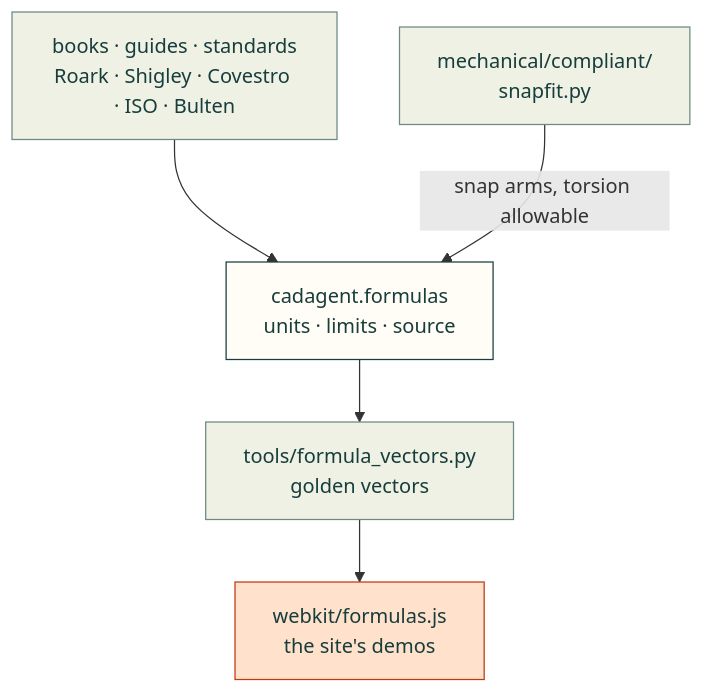
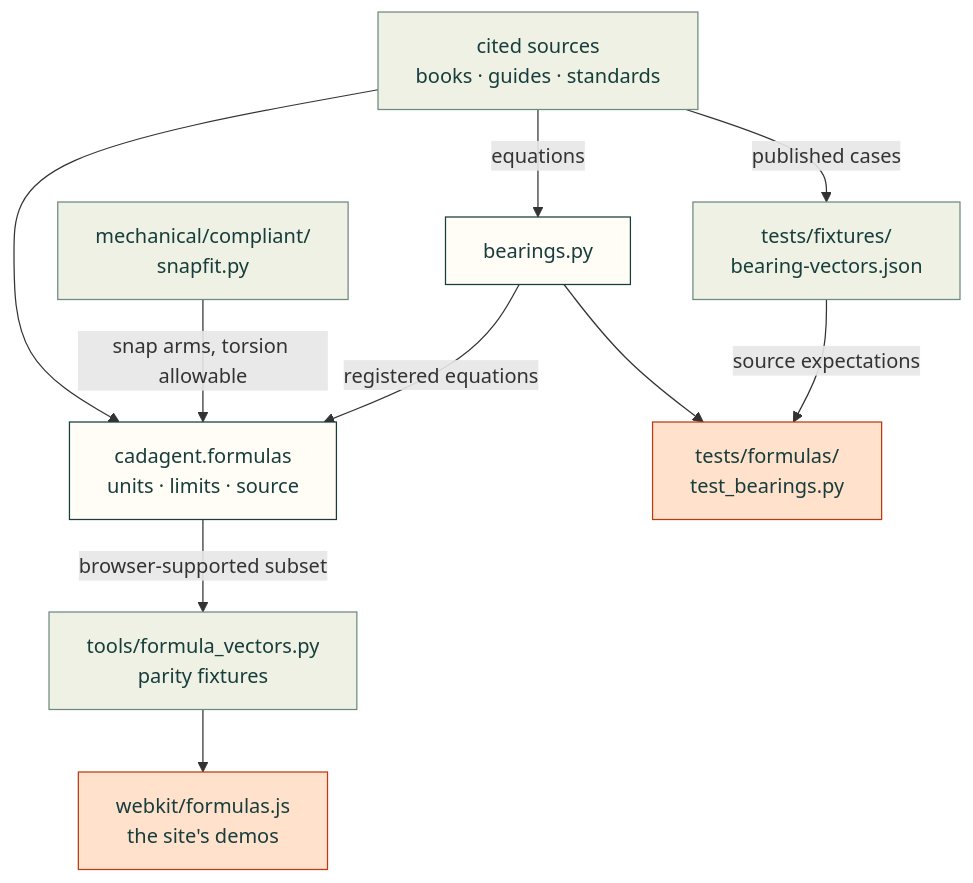
The diagram in src/cadagent/formulas/README.md (Valpatel/cad-agent), drawn with Mermaid before and after one commit. The commit also changed other lines of this file and 3 other files, not shown here.

Commit message:
docs: align owned font pointer and bearing formula map

````diff
--- a/src/cadagent/formulas/README.md
+++ b/src/cadagent/formulas/README.md
@@ -25,13 +30,18 @@
 ```mermaid
 flowchart TD
-    S["books · guides · standards<br/>Roark · Shigley · Covestro · ISO · Bulten"] --> F["cadagent.formulas<br/>units · limits · source"]
+    S["cited sources<br/>books · guides · standards"] --> F["cadagent.formulas<br/>units · limits · source"]
+    S -->|"equations"| B["bearings.py"]
+    S -->|"published cases"| E["tests/fixtures/<br/>bearing-vectors.json"]
     C["mechanical/compliant/<br/>snapfit.py"] -->|"snap arms, torsion allowable"| F
-    F --> V["tools/formula_vectors.py<br/>golden vectors"]
+    F -->|"browser-supported subset"| V["tools/formula_vectors.py<br/>parity fixtures"]
     V --> W["webkit/formulas.js<br/>the site's demos"]
+    B -->|"registered equations"| F
+    B --> T["tests/formulas/<br/>test_bearings.py"]
+    E -->|"source expectations"| T
     classDef here fill:#fffdf5,stroke:#173d3c,color:#173d3c
     classDef near fill:#eef1e4,stroke:#6f8a80,color:#173d3c
     classDef out fill:#ffe1cc,stroke:#bd3a12,color:#173d3c
-    class F here
-    class S,C,V near
-    class W out
+    class F,B here
+    class S,C,V,E near
+    class W,T out
 ```
````
